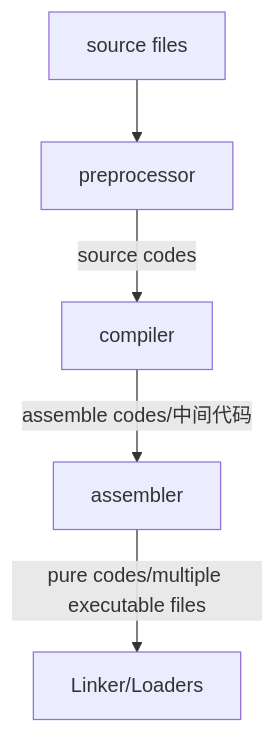
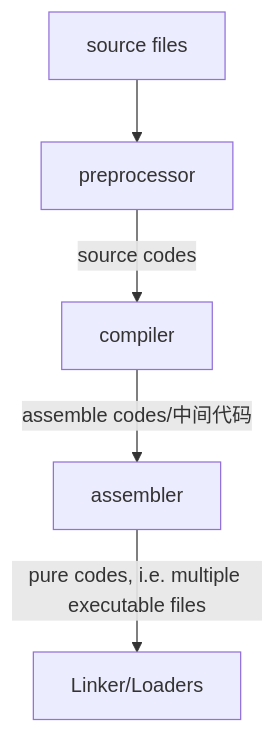
The diagram in 编译原理学习笔记.md (DCMMC/Notes), drawn with Mermaid before and after one commit.

Commit message:
修改文件: 编译原理学习笔记.md

````diff
--- a/编译原理学习笔记.md
+++ b/编译原理学习笔记.md
@@ -41,7 +41,7 @@
 ```mermaid!
 graph TD;
 	id[source files] --> preprocessor;
 	preprocessor-- source codes -->compiler;
 	compiler-- assemble codes/中间代码 -->assembler;
-	assembler-- pure codes/multiple executable files -->id1[Linker/Loaders];
+	assembler-- pure codes, i.e. multiple executable files -->id1[Linker/Loaders];
 ```
````
